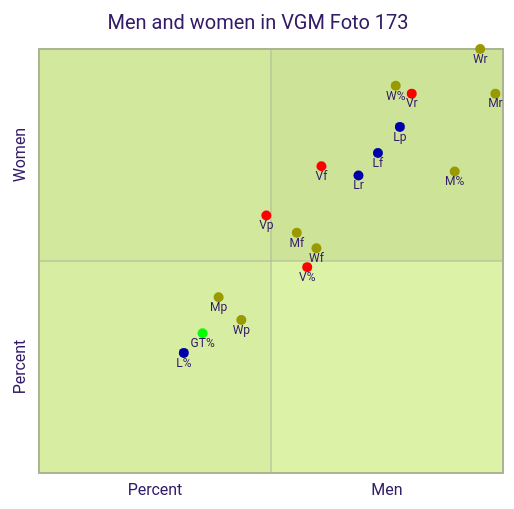
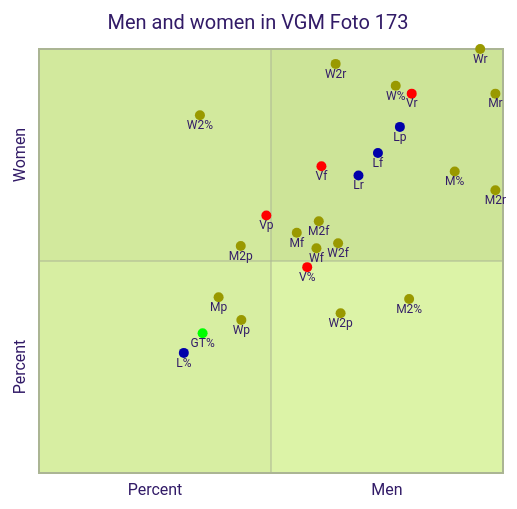
The fifth of 11 diagrams in browser/scatter.md (Modern36/tropes_1500), drawn with Mermaid (forest theme) before and after one commit. The commit also changed other lines of this file and 319 other files, not shown here.

````diff
--- a/browser/scatter.md
+++ b/browser/scatter.md
@@ -127,24 +159,32 @@
 ```mermaid
 quadrantChart
     title Men and women in VGM Foto 173
     x-axis Percent --> Men
     y-axis Percent --> Women
     M%: [0.8959537572254336, 0.7109826589595376] color: #999900
+    M2%: [0.7976878612716763, 0.41040462427745666] color: #999900
     W%: [0.7687861271676301, 0.9132947976878613] color: #999900
+    W2%: [0.3468208092485549, 0.8439306358381503] color: #999900
     GT%: [0.35260115606936415, 0.32947976878612717] color: #00FF00
     V%: [0.5780346820809249, 0.48554913294797686] color: #FF0000
     L%: [0.31213872832369943, 0.2832369942196532] color: #0000AA
-    Lf: [0.7304347826086957, 0.7547169811320755]  color: #0000AA
+    Lf: [0.7304347826086957, 0.7547169811320754]  color: #0000AA
     Lp: [0.7777777777777778, 0.8163265306122449]  color: #0000AA
     Lr: [0.6885245901639344, 0.7017543859649122]  color: #0000AA
-    Vf: [0.6086956521739131, 0.723404255319149]  color: #FF0000
+    Vf: [0.6086956521739131, 0.7234042553191489]  color: #FF0000
     Vp: [0.49, 0.6071428571428571]  color: #FF0000
     Vr: [0.8032786885245902, 0.8947368421052632]  color: #FF0000
-    Wf: [0.5979381443298969, 0.5302325581395348]  color: #999900
+    W2f: [0.6446280991735538, 0.541871921182266]  color: #999900
+    W2p: [0.65, 0.3767123287671233]  color: #999900
+    W2r: [0.639344262295082, 0.9649122807017544]  color: #999900
+    Wf: [0.597938144329897, 0.5302325581395348]  color: #999900
     Wp: [0.43609022556390975, 0.36075949367088606]  color: #999900
     Wr: [0.9508196721311475, 0.9999]  color: #999900
+    M2f: [0.6030150753768845, 0.5937499999999999]  color: #999900
+    M2p: [0.43478260869565216, 0.5352112676056338]  color: #999900
+    M2r: [0.9836065573770492, 0.6666666666666666]  color: #999900
     Mf: [0.5555555555555556, 0.5666666666666667]  color: #999900
     Mp: [0.3870967741935484, 0.4146341463414634]  color: #999900
     Mr: [0.9836065573770492, 0.8947368421052632]  color: #999900
 
 ```
````
